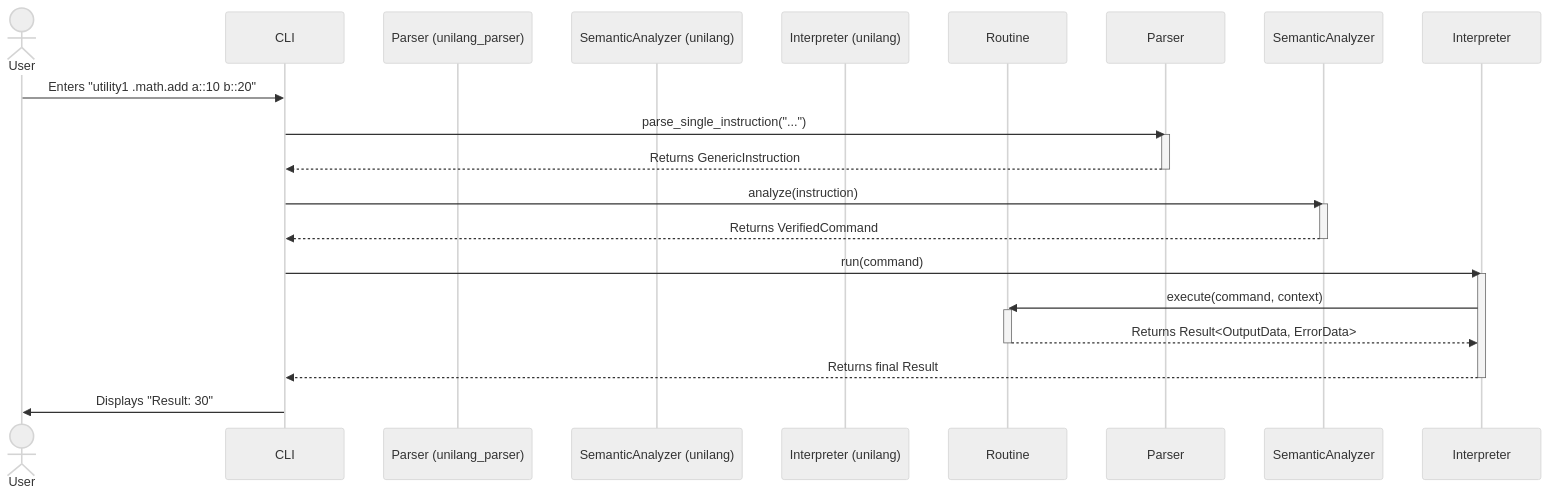
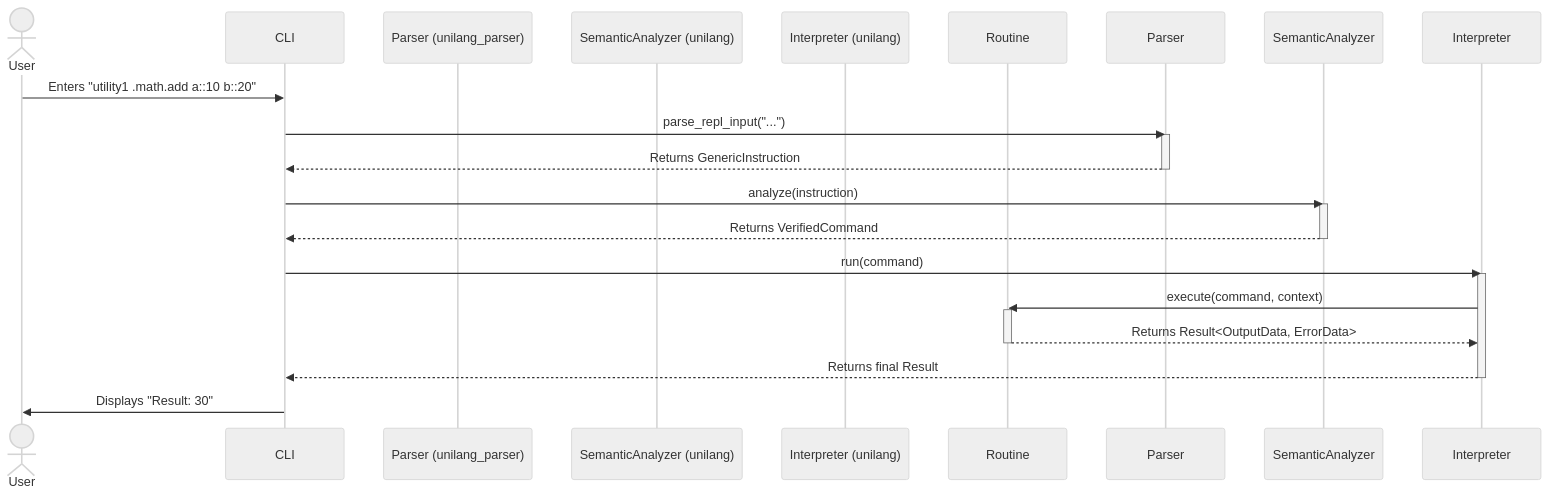
The fifth of 5 diagrams in module/unilang/docs/architecture/001_mandates.md (Wandalen/unilang), drawn with Mermaid (neutral theme) before and after one commit. The commit also changed 12 other files, not shown here.

````diff
--- a/module/unilang/docs/architecture/001_mandates.md
+++ b/module/unilang/docs/architecture/001_mandates.md
@@ -132,28 +132,28 @@
 ```mermaid
 sequenceDiagram
     actor User
     participant CLI
     participant Parser (unilang_parser)
     participant SemanticAnalyzer (unilang)
     participant Interpreter (unilang)
     participant Routine
 
     User->>CLI: Enters "utility1 .math.add a::10 b::20"
-    CLI->>Parser: parse_single_instruction("...")
+    CLI->>Parser: parse_repl_input("...")
     activate Parser
     Parser-->>CLI: Returns GenericInstruction
     deactivate Parser
     CLI->>SemanticAnalyzer: analyze(instruction)
     activate SemanticAnalyzer
     SemanticAnalyzer-->>CLI: Returns VerifiedCommand
     deactivate SemanticAnalyzer
     CLI->>Interpreter: run(command)
     activate Interpreter
     Interpreter->>Routine: execute(command, context)
     activate Routine
     Routine-->>Interpreter: Returns Result<OutputData, ErrorData>
     deactivate Routine
     Interpreter-->>CLI: Returns final Result
     deactivate Interpreter
     CLI->>User: Displays "Result: 30"
 ```
````
